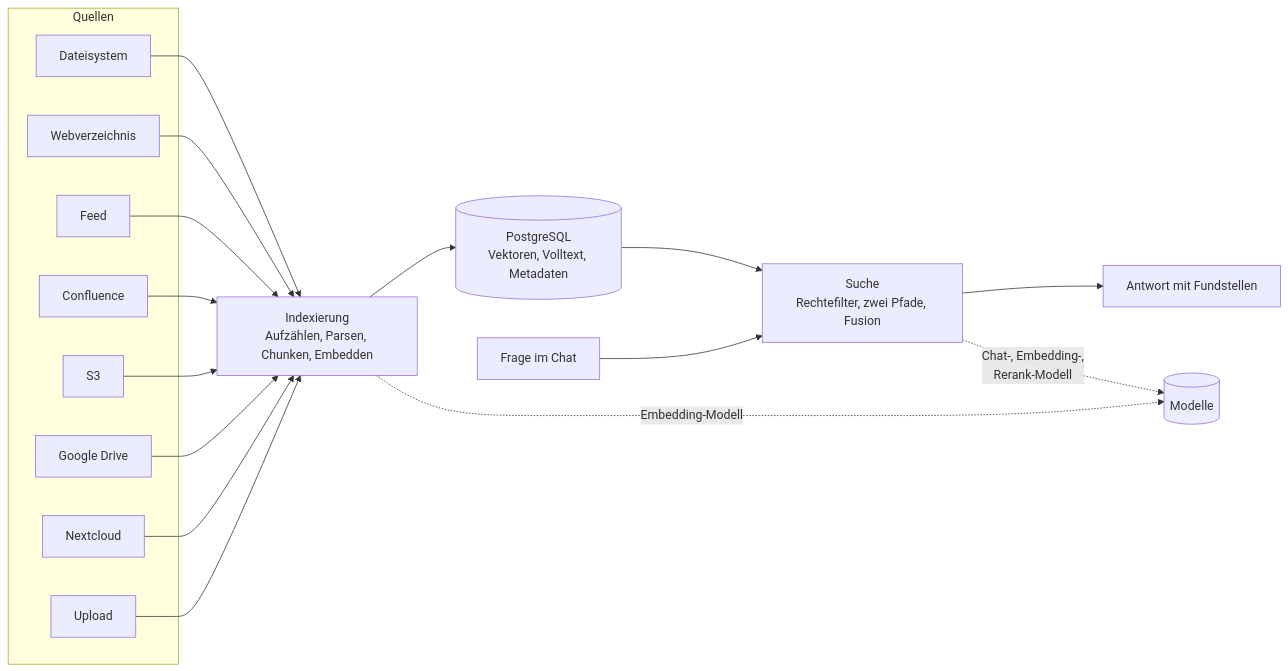
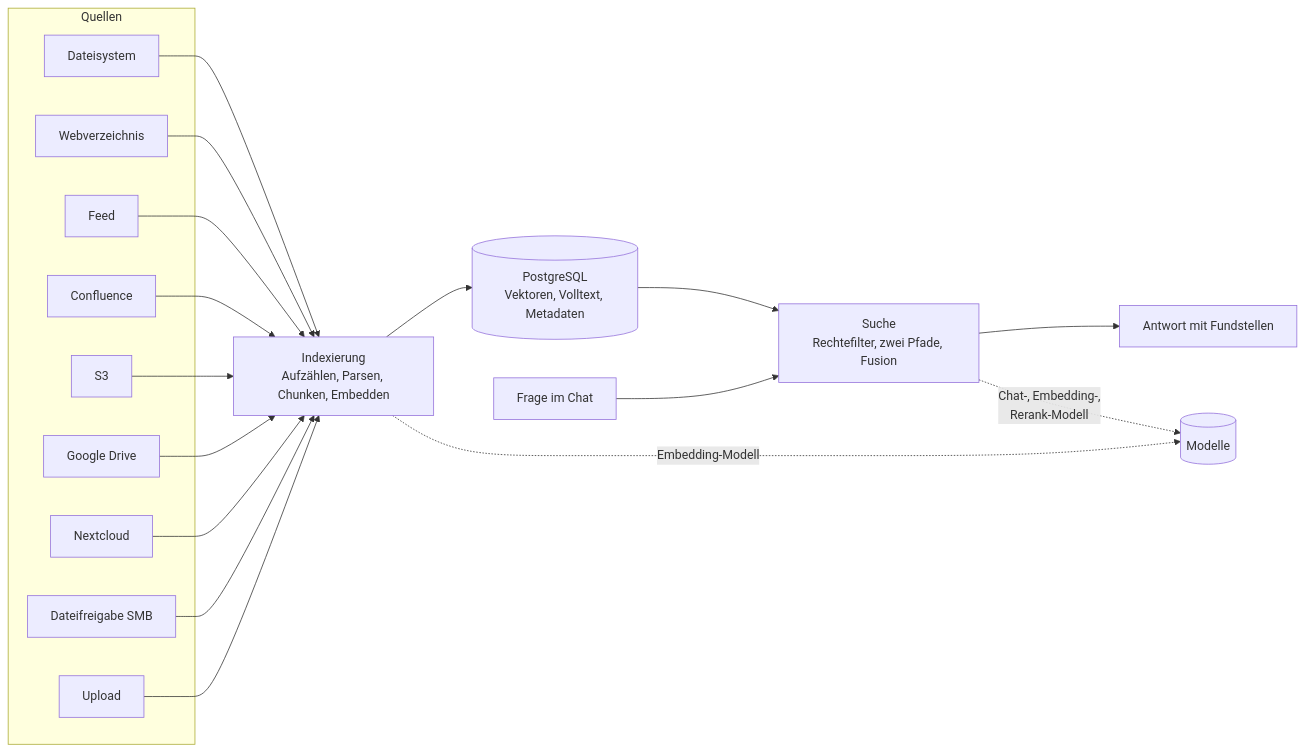
Before and after one commit to criew/opaa: the diagram in docs/handbuch/README.md, drawn with Mermaid. The commit also changed other lines of this file and 18 other files, not shown here.

````diff
--- a/docs/handbuch/README.md
+++ b/docs/handbuch/README.md
@@ -24,27 +24,29 @@
 ```mermaid
 flowchart LR
     subgraph Quellen
         Q1[Dateisystem]
         Q2[Webverzeichnis]
         Q3[Feed]
         Q4[Confluence]
         Q5[S3]
         Q7[Google Drive]
         Q8[Nextcloud]
+        Q9[Dateifreigabe SMB]
         Q6[Upload]
     end
     Q1 --> I[Indexierung<br/>Aufzählen, Parsen, Chunken, Embedden]
     Q2 --> I
     Q3 --> I
     Q4 --> I
     Q5 --> I
     Q7 --> I
     Q8 --> I
+    Q9 --> I
     Q6 --> I
     I --> DB[(PostgreSQL<br/>Vektoren, Volltext, Metadaten)]
     DB --> S[Suche<br/>Rechtefilter, zwei Pfade, Fusion]
     F[Frage im Chat] --> S
     S --> A[Antwort mit Fundstellen]
     I -. Embedding-Modell .-> M[(Modelle)]
     S -. Chat-, Embedding-,<br/>Rerank-Modell .-> M
 ```
````
